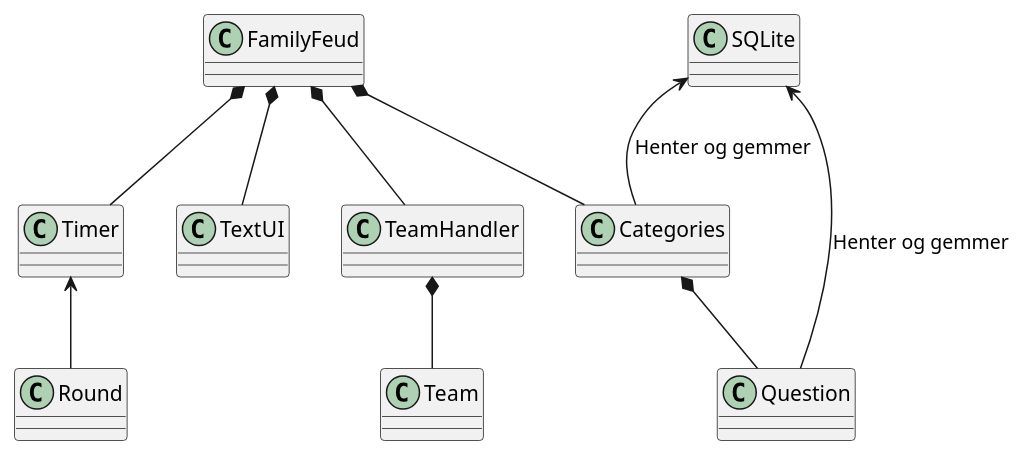
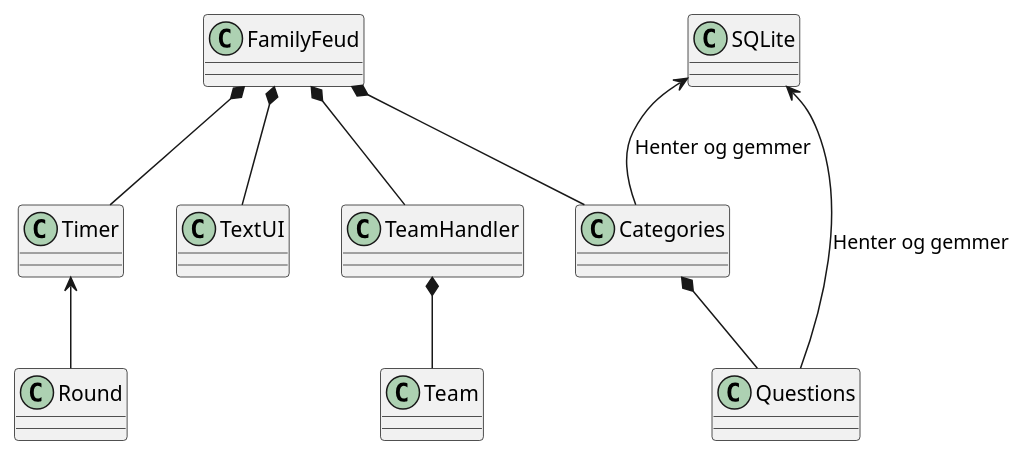
One commit to suzi558/ICE-project changed the diagram in UML/Domænemodel.puml. Above: the diagram before and after it, drawn with PlantUML. The commit also changed 4 other files, not shown here.

Commit message:
lavet categories questions klasser (kun skrivet metoderne ind)

```diff
--- a/UML/Domænemodel.puml
+++ b/UML/Domænemodel.puml
@@ -1,22 +1,22 @@
 @startuml
 Class FamilyFeud
 Class Categories
 Class Team
 Class TeamHandler
 Class Timer
-Class Question
+Class Questions
 Class SQLite
 Class TextUI
 Class Round
 
 FamilyFeud *-- Categories
 FamilyFeud *-- TeamHandler
 FamilyFeud *-- Timer
 FamilyFeud *-- TextUI
 
-Categories *-- Question
+Categories *-- Questions
 TeamHandler *-- Team
 SQLite <-- Categories : "Henter og gemmer"
-SQLite <-- Question : "Henter og gemmer"
+SQLite <-- Questions : "Henter og gemmer"
 Timer <-- Round
 @enduml
```
